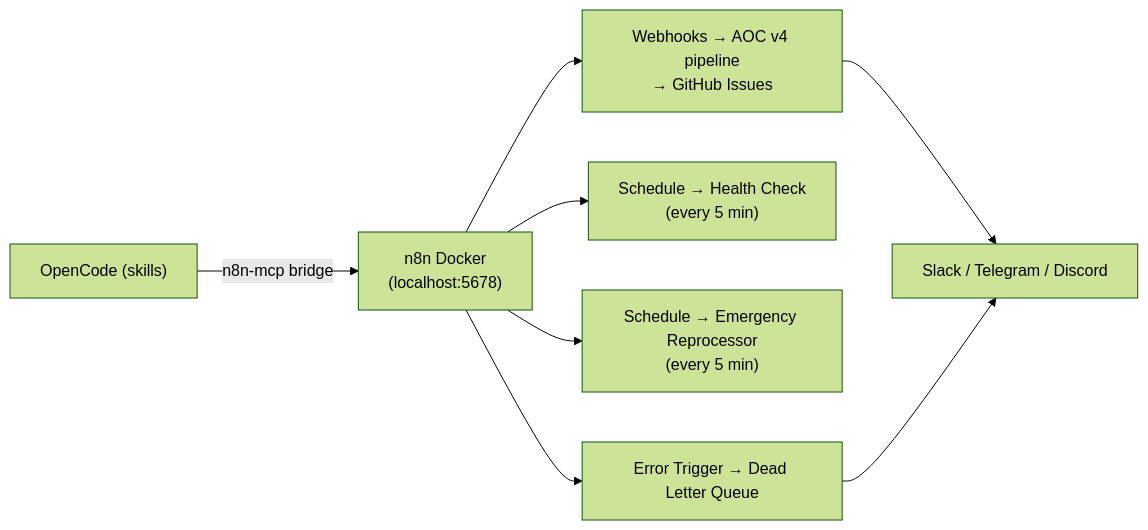
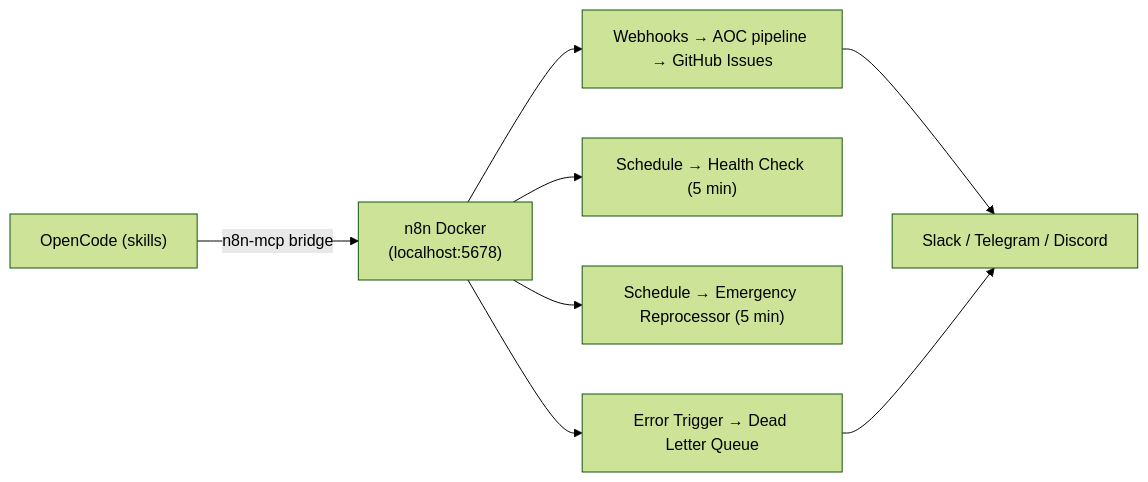
Before and after one commit to mintlify-atlas/docs-atlas-14f2af1e: the second of 3 diagrams in concepts/architecture.mdx, drawn with Mermaid (forest theme). The commit also changed other lines of this file and 20 other files, not shown here.

````diff
--- a/concepts/architecture.mdx
+++ b/concepts/architecture.mdx
@@ -80,10 +75,10 @@
 ```mermaid
 flowchart LR
-    OC["OpenCode (skills)"] -- "n8n-mcp bridge" --> N8N["n8n Docker\n(localhost:5678)"]
-    N8N --> WH["Webhooks → AOC v4 pipeline\n→ GitHub Issues"]
-    N8N --> HC["Schedule → Health Check\n(every 5 min)"]
-    N8N --> ER["Schedule → Emergency Reprocessor\n(every 5 min)"]
+    OC["OpenCode (skills)"] -- n8n-mcp bridge --> N8N["n8n Docker\n(localhost:5678)"]
+    N8N --> WH["Webhooks → AOC pipeline → GitHub Issues"]
+    N8N --> HC["Schedule → Health Check (5 min)"]
+    N8N --> ER["Schedule → Emergency Reprocessor (5 min)"]
     N8N --> DLQ["Error Trigger → Dead Letter Queue"]
     WH --> NOTIF["Slack / Telegram / Discord"]
     DLQ --> NOTIF
 ```
````
